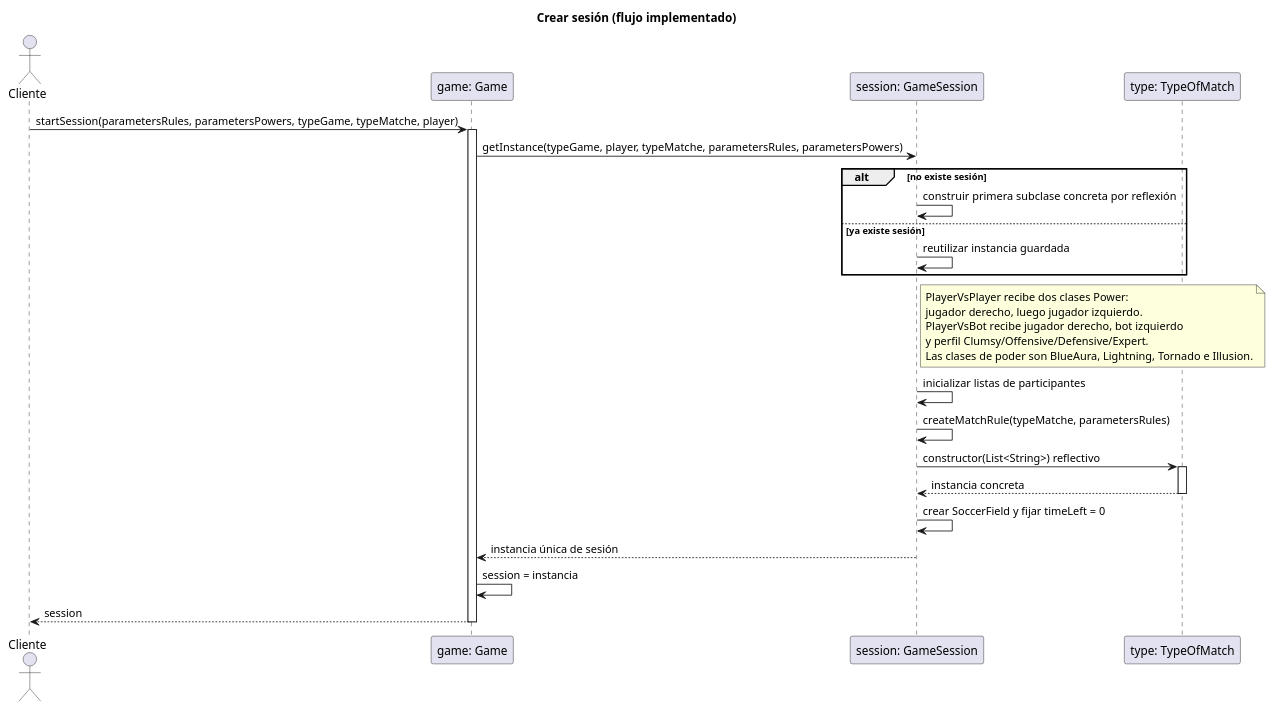
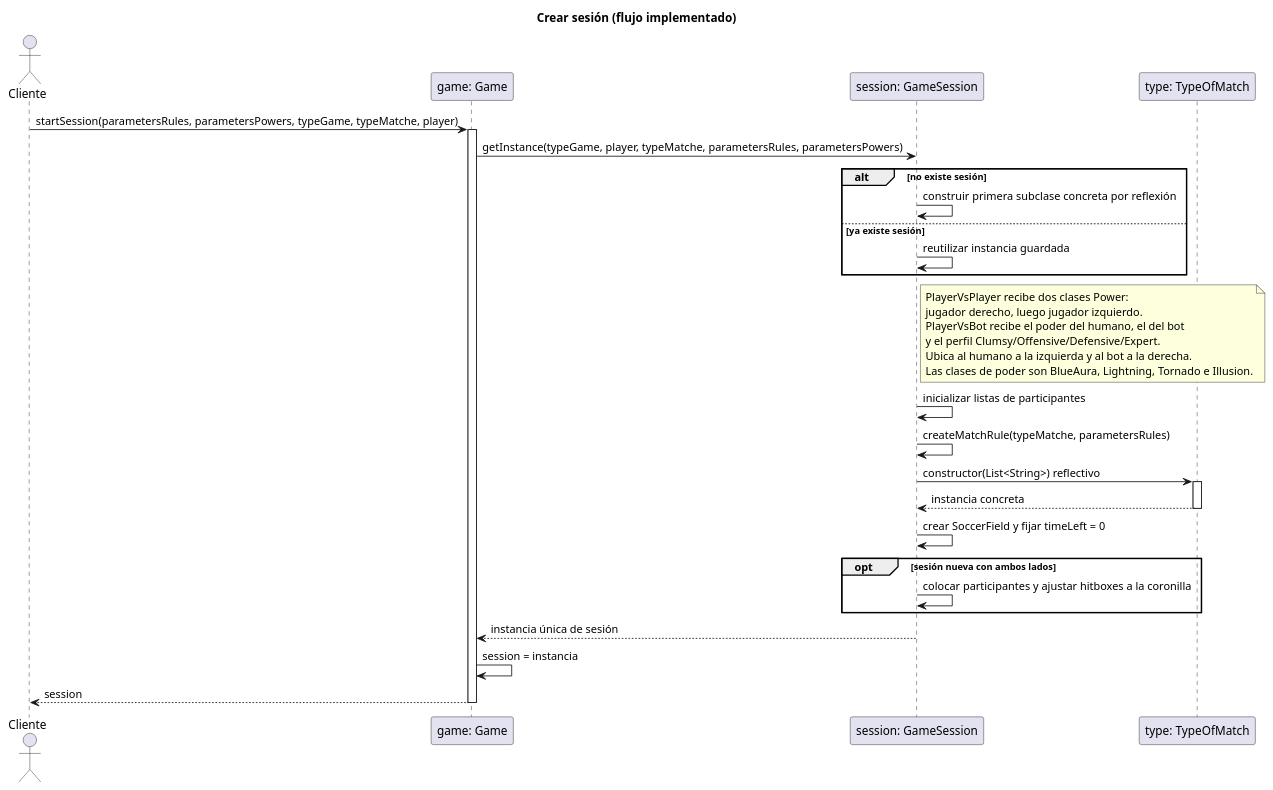
Before and after one commit to PaglkG/ProyectoFinal-Dopo: the diagram in docs/uml/start-session-sequence.puml, drawn with PlantUML. The commit also changed 69 other files, not shown here.

```diff
--- a/docs/uml/start-session-sequence.puml
+++ b/docs/uml/start-session-sequence.puml
@@ -1,32 +1,36 @@
 @startuml
 title Crear sesión (flujo implementado)
 actor Cliente
 participant "game: Game" as G
 participant "session: GameSession" as S
 participant "type: TypeOfMatch" as T
 
 Cliente -> G: startSession(parametersRules, parametersPowers, typeGame, typeMatche, player)
 activate G
 G -> S: getInstance(typeGame, player, typeMatche, parametersRules, parametersPowers)
 alt no existe sesión
   S -> S: construir primera subclase concreta por reflexión
 else ya existe sesión
   S -> S: reutilizar instancia guardada
 end
 note right of S
   PlayerVsPlayer recibe dos clases Power:
   jugador derecho, luego jugador izquierdo.
-  PlayerVsBot recibe jugador derecho, bot izquierdo
-  y perfil Clumsy/Offensive/Defensive/Expert.
+  PlayerVsBot recibe el poder del humano, el del bot
+  y el perfil Clumsy/Offensive/Defensive/Expert.
+  Ubica al humano a la izquierda y al bot a la derecha.
   Las clases de poder son BlueAura, Lightning, Tornado e Illusion.
 end note
 S -> S: inicializar listas de participantes
 S -> S: createMatchRule(typeMatche, parametersRules)
 S -> T ++: constructor(List<String>) reflectivo
 T --> S --: instancia concreta
 S -> S: crear SoccerField y fijar timeLeft = 0
+opt sesión nueva con ambos lados
+  S -> S: colocar participantes y ajustar hitboxes a la coronilla
+end
 S --> G: instancia única de sesión
 G -> G: session = instancia
 G --> Cliente: session
 deactivate G
 @enduml
```
